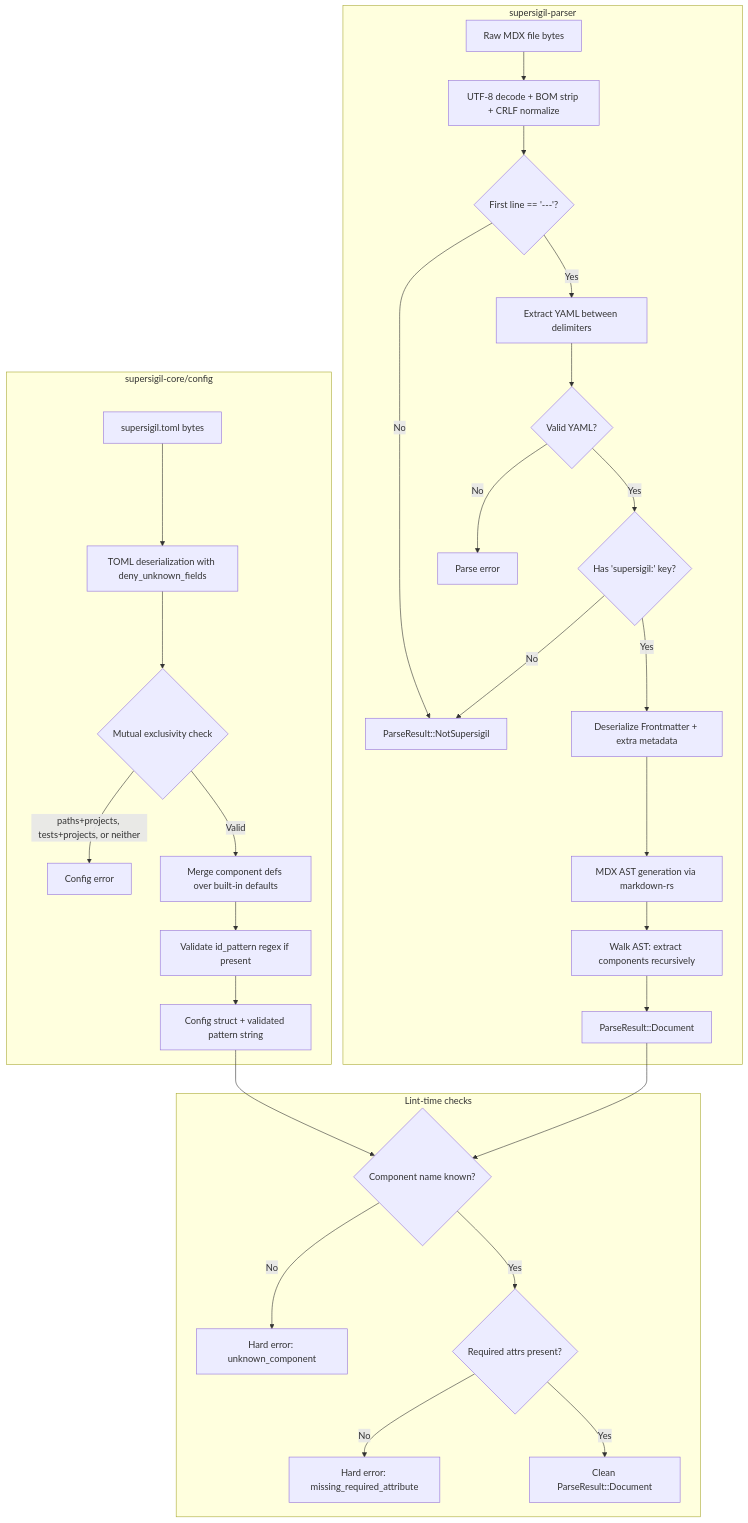
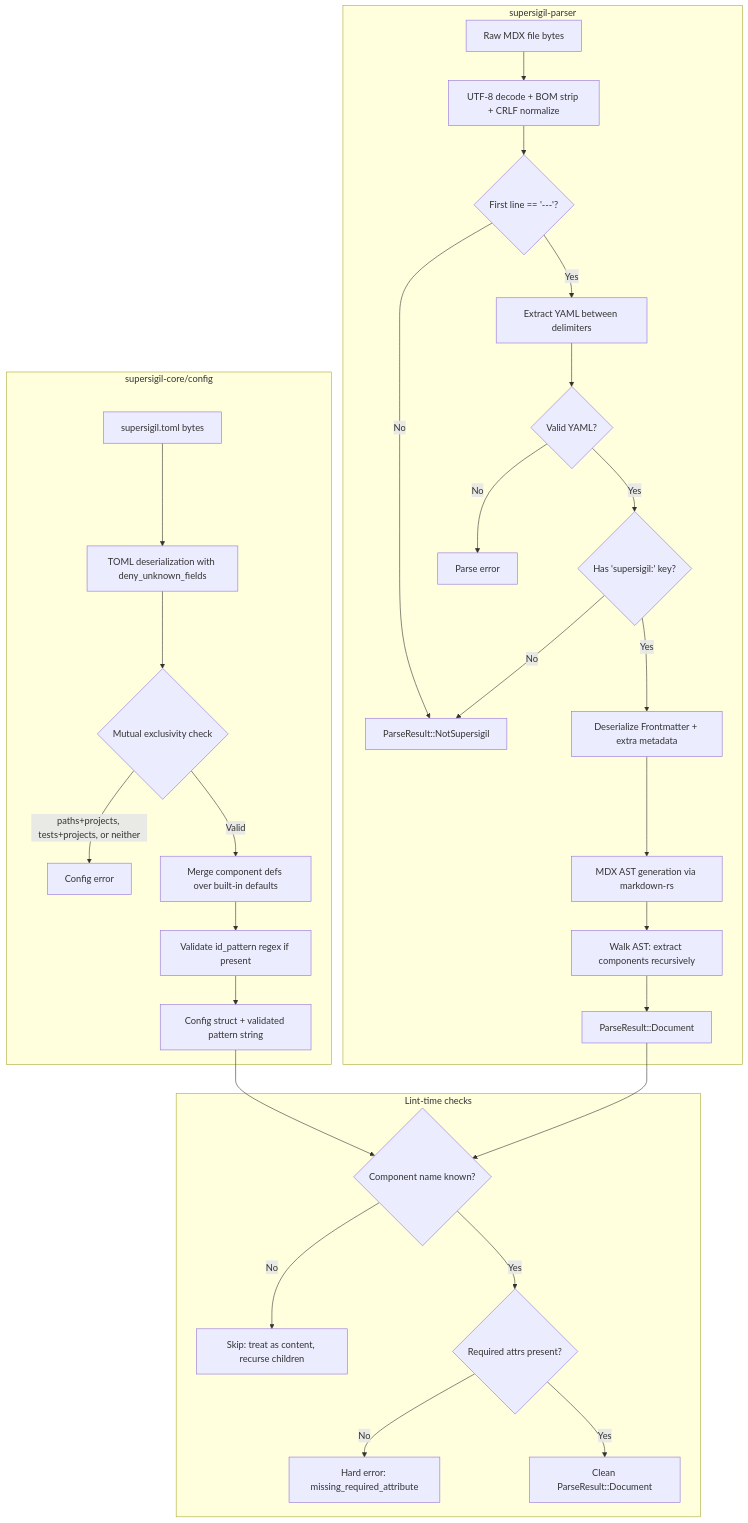
One commit to jonisavo/supersigil changed the diagram in .kiro/specs/parser-and-config/design.md. Above: the diagram before and after it, drawn with Mermaid. The commit also changed 11 other files, not shown here.

````diff
--- a/.kiro/specs/parser-and-config/design.md
+++ b/.kiro/specs/parser-and-config/design.md
@@ -13,36 +13,36 @@
 ```mermaid
 graph TD
     subgraph "supersigil-parser"
         A[Raw MDX file bytes] --> B[UTF-8 decode + BOM strip + CRLF normalize]
         B --> C{First line == '---'?}
         C -- No --> D[ParseResult::NotSupersigil]
         C -- Yes --> E[Extract YAML between delimiters]
         E --> F{Valid YAML?}
         F -- No --> G[Parse error]
         F -- Yes --> H{Has 'supersigil:' key?}
         H -- No --> D
         H -- Yes --> I[Deserialize Frontmatter + extra metadata]
         I --> J[MDX AST generation via markdown-rs]
         J --> K[Walk AST: extract components recursively]
         K --> L[ParseResult::Document]
     end
 
     subgraph "supersigil-core/config"
         M[supersigil.toml bytes] --> N[TOML deserialization with deny_unknown_fields]
         N --> O{Mutual exclusivity check}
         O -- "paths+projects, tests+projects, or neither" --> P[Config error]
         O -- Valid --> Q[Merge component defs over built-in defaults]
         Q --> R[Validate id_pattern regex if present]
         R --> S[Config struct + validated pattern string]
     end
 
     subgraph "Lint-time checks"
         L --> T{Component name known?}
-        T -- No --> U[Hard error: unknown_component]
+        T -- No --> U[Skip: treat as content, recurse children]
         T -- Yes --> V{Required attrs present?}
         V -- No --> W[Hard error: missing_required_attribute]
         V -- Yes --> X[Clean ParseResult::Document]
     end
 
     S --> T
 ```
````
